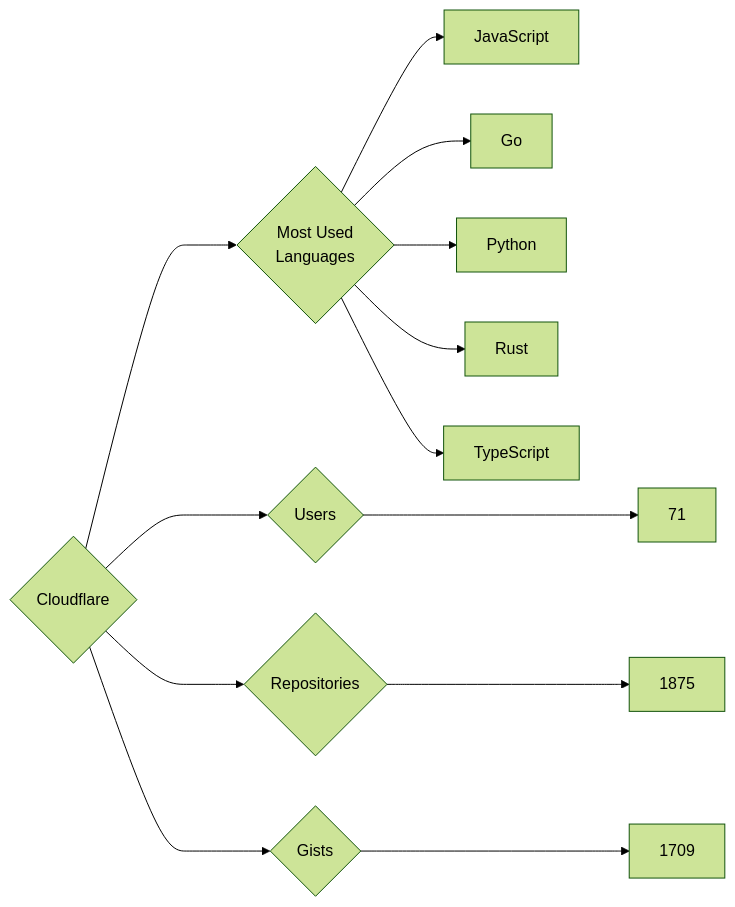
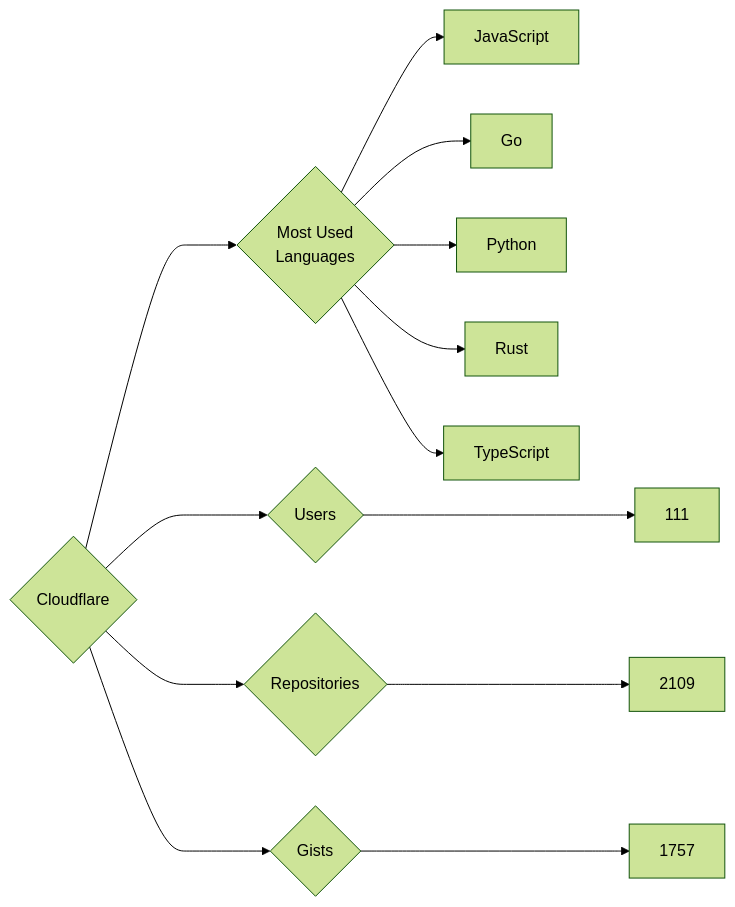
Before and after one commit to trickest/insiders: the diagram in targets/Cloudflare/README.md, drawn with Mermaid (forest theme). The commit also changed 736 other files, not shown here.

````diff
--- a/targets/Cloudflare/README.md
+++ b/targets/Cloudflare/README.md
@@ -3,13 +3,13 @@
 ```mermaid
 graph LR
 COMPANY_NAME{Cloudflare}
-COMPANY_NAME ---> U{Users} ---> UN[71]
-COMPANY_NAME ---> R{Repositories} ---> RN[1875]
-COMPANY_NAME ---> G{Gists} ---> GN[1709]
+COMPANY_NAME ---> U{Users} ---> UN[111]
+COMPANY_NAME ---> R{Repositories} ---> RN[2109]
+COMPANY_NAME ---> G{Gists} ---> GN[1757]
 COMPANY_NAME ---> ML{Most Used<br>Languages}
 ML --> JavaScript[JavaScript]
 ML --> Go[Go]
 ML --> Python[Python]
 ML --> Rust[Rust]
 ML --> TypeScript[TypeScript]
 ```
````
